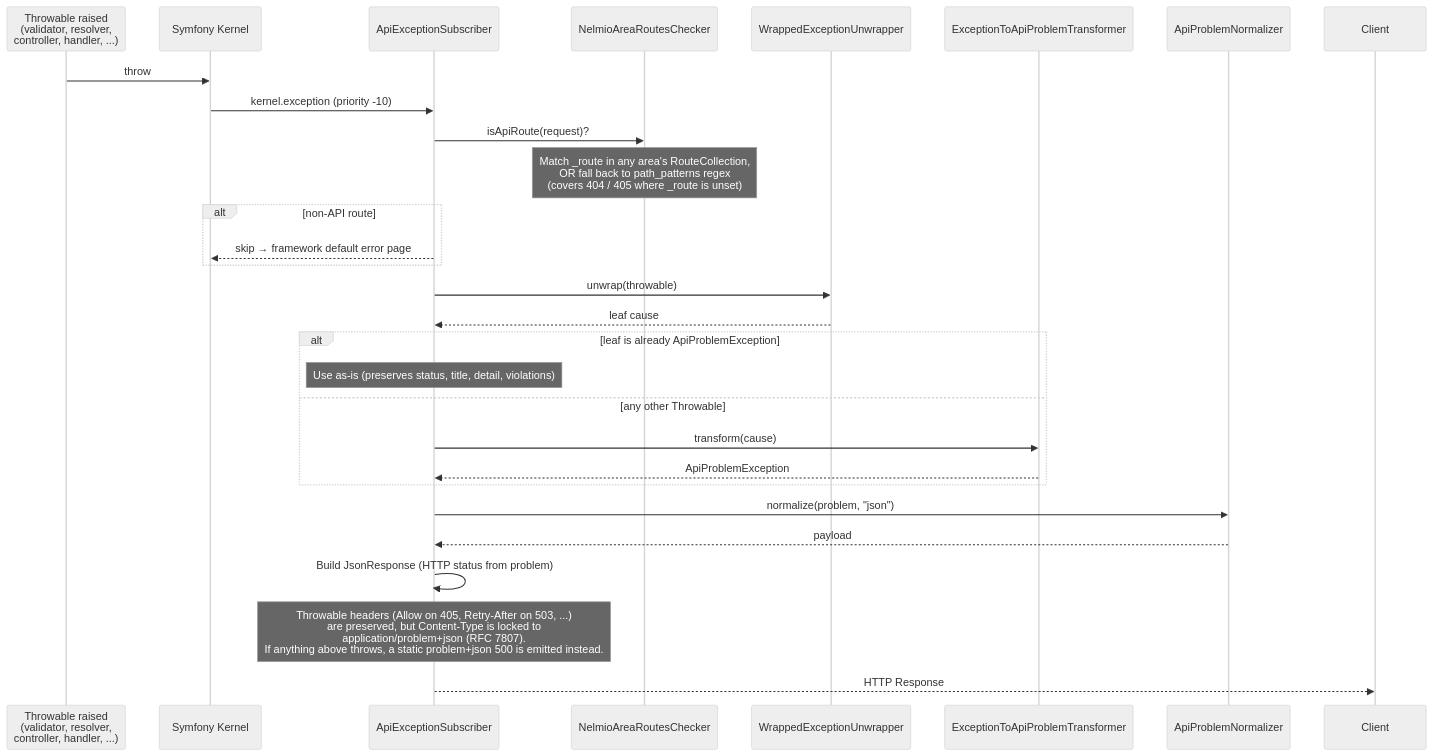
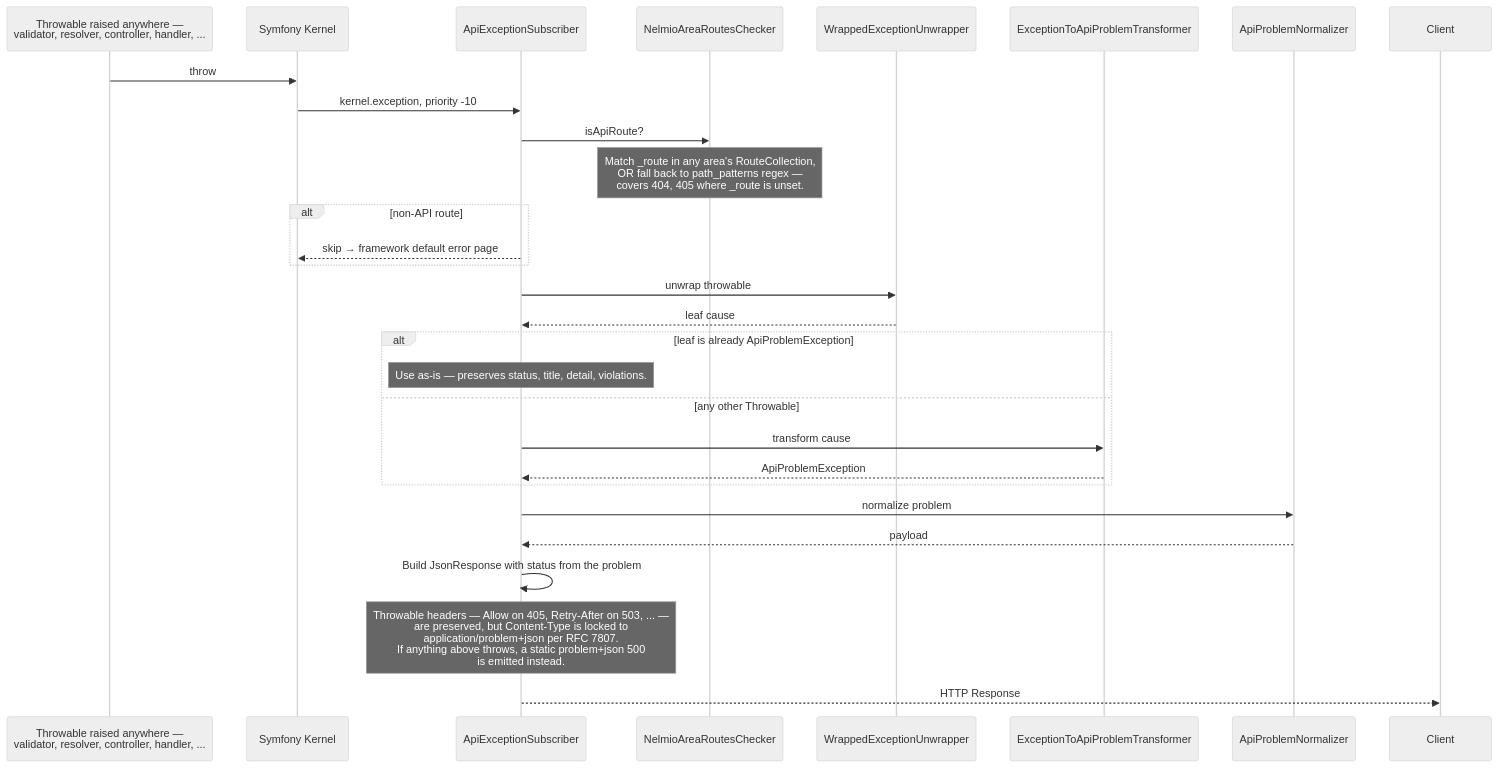
The second of 2 diagrams in docs/command-routing.md (stixx/openapi-command-bundle), drawn with Mermaid (neutral theme) before and after one commit. The commit also changed other lines of this file, not shown here.

Commit message:
Fixed mermaid error in command-routing.md

````diff
--- a/docs/command-routing.md
+++ b/docs/command-routing.md
@@ -84,32 +84,32 @@
 ```mermaid
 sequenceDiagram
-    participant Source as Throwable raised<br/>(validator, resolver,<br/>controller, handler, ...)
+    participant Source as Throwable raised anywhere —<br/>validator, resolver, controller, handler, ...
     participant Kernel as Symfony Kernel
     participant ExSub as ApiExceptionSubscriber
     participant Areas as NelmioAreaRoutesChecker
     participant Unwrap as WrappedExceptionUnwrapper
     participant Trans as ExceptionToApiProblemTransformer
     participant Norm as ApiProblemNormalizer
     participant Client
 
     Source->>Kernel: throw
-    Kernel->>ExSub: kernel.exception (priority -10)
-    ExSub->>Areas: isApiRoute(request)?
-    Note over Areas: Match _route in any area's RouteCollection,<br/>OR fall back to path_patterns regex<br/>(covers 404 / 405 where _route is unset)
+    Kernel->>ExSub: kernel.exception, priority -10
+    ExSub->>Areas: isApiRoute?
+    Note over Areas: Match _route in any area's RouteCollection,<br/>OR fall back to path_patterns regex —<br/>covers 404, 405 where _route is unset.
     alt non-API route
         ExSub-->>Kernel: skip → framework default error page
     end
-    ExSub->>Unwrap: unwrap(throwable)
+    ExSub->>Unwrap: unwrap throwable
     Unwrap-->>ExSub: leaf cause
     alt leaf is already ApiProblemException
-        Note over ExSub: Use as-is (preserves status, title, detail, violations)
+        Note over ExSub: Use as-is — preserves status, title, detail, violations.
     else any other Throwable
-        ExSub->>Trans: transform(cause)
+        ExSub->>Trans: transform cause
         Trans-->>ExSub: ApiProblemException
     end
-    ExSub->>Norm: normalize(problem, "json")
+    ExSub->>Norm: normalize problem
     Norm-->>ExSub: payload
-    ExSub->>ExSub: Build JsonResponse (HTTP status from problem)
-    Note over ExSub: Throwable headers (Allow on 405, Retry-After on 503, ...)<br/>are preserved, but Content-Type is locked to<br/>application/problem+json (RFC 7807).<br/>If anything above throws, a static problem+json 500 is emitted instead.
+    ExSub->>ExSub: Build JsonResponse with status from the problem
+    Note over ExSub: Throwable headers — Allow on 405, Retry-After on 503, ... —<br/>are preserved, but Content-Type is locked to<br/>application/problem+json per RFC 7807.<br/>If anything above throws, a static problem+json 500<br/>is emitted instead.
     ExSub-->>Client: HTTP Response
 ```
````
